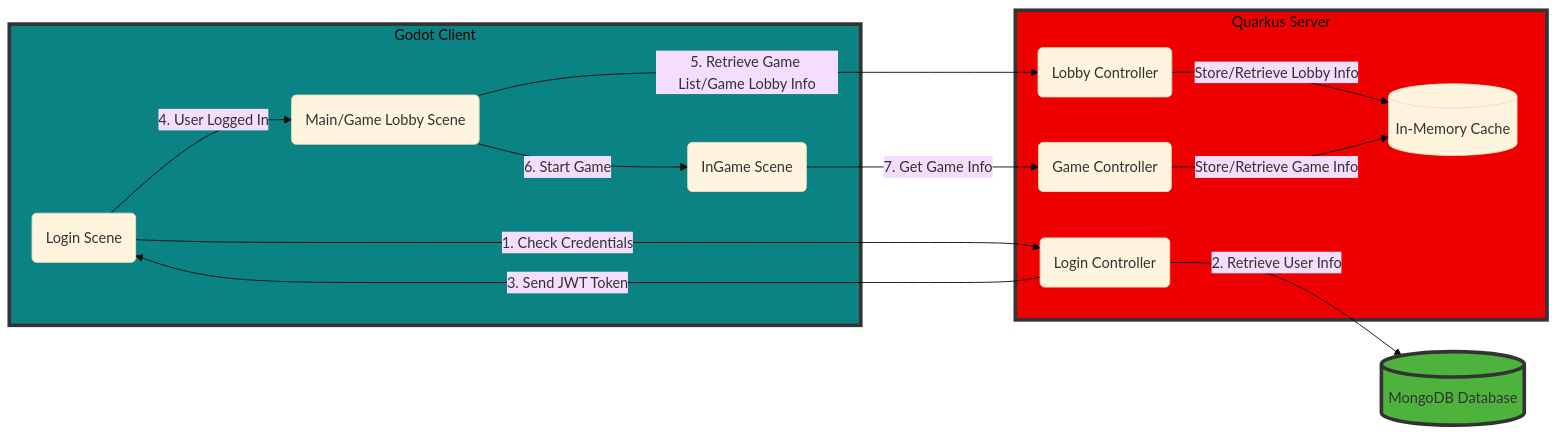
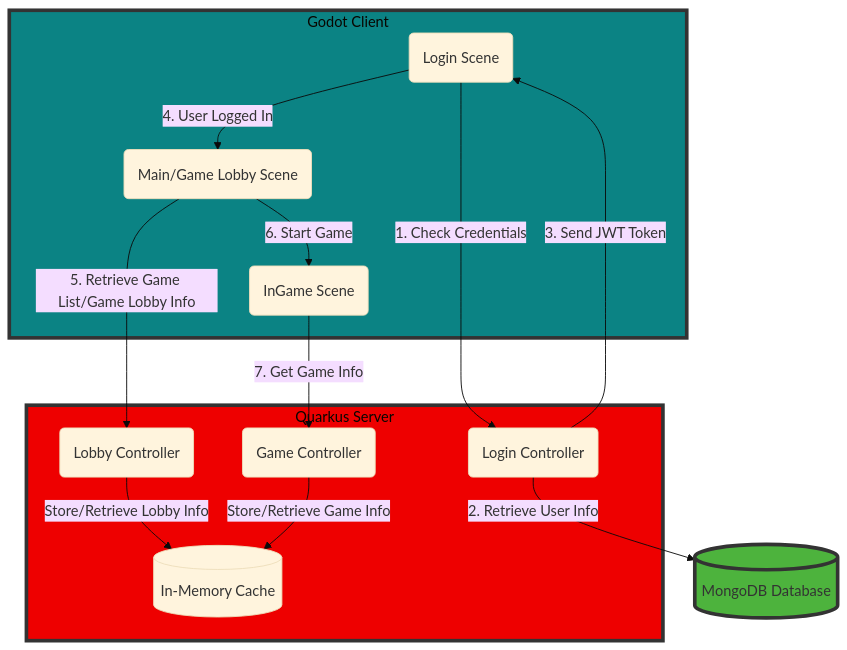
The first of 3 diagrams in README.md (Jaland/godot-lobby-backend), drawn with Mermaid (base theme) before and after one commit. The commit also changed other lines of this file, not shown here.

````diff
--- a/README.md
+++ b/README.md
@@ -18,30 +135,30 @@
 ```mermaid
 
-flowchart LR
+flowchart TD
     subgraph gc[Godot Client]
     gLogin(Login Scene)
     gLobby(Main/Game Lobby Scene)
     gGame(InGame Scene)
     end
     subgraph qs[Quarkus Server]
     qLogin(Login Controller)
     qLobby(Lobby Controller)
     qGame(Game Controller)
     cache[(In-Memory Cache)]
     end
     db[(MongoDB Database)]  
     
     gLogin --1. Check Credentials--> qLogin
     qLogin -- 2. Retrieve User Info --> db
     qLogin --3. Send JWT Token--> gLogin
     gLogin -- 4. User Logged In --> gLobby
     qLobby -- Store/Retrieve Lobby Info --> cache
     gLobby -- "5. Retrieve Game List/Game Lobby Info" --> qLobby
     gLobby -- "6. Start Game" --> gGame
     gGame -- "7. Get Game Info" --> qGame
     qGame -- Store/Retrieve Game Info --> cache
 
     style gc fill:#0B8384,stroke:#333,stroke-width:4px
     style qs fill:#EE0000,stroke:#333,stroke-width:4px
     style db fill:#4DB33D,stroke:#333,stroke-width:4px
 ```
````
